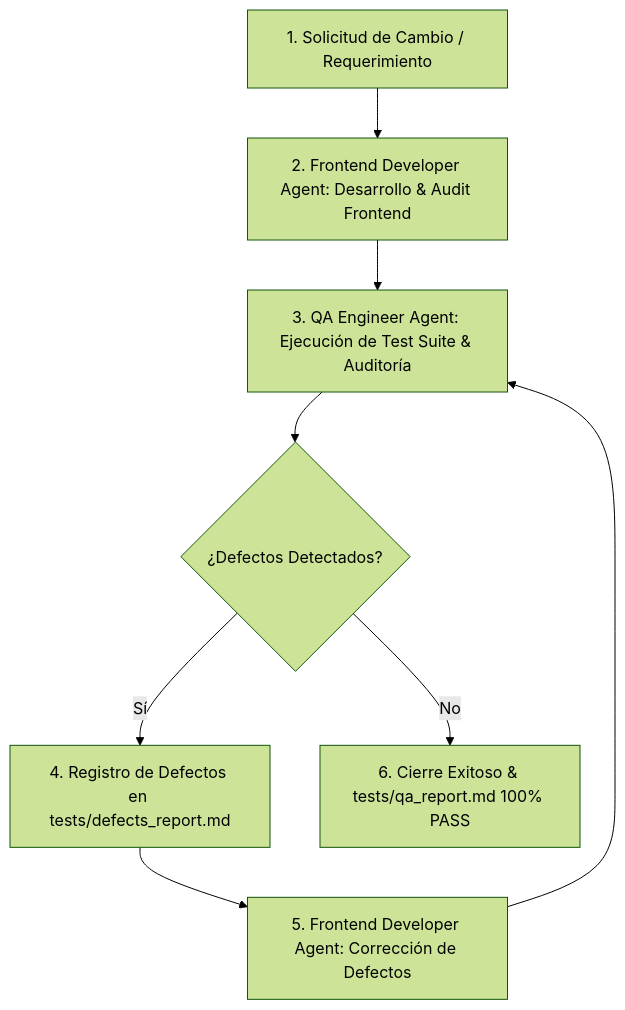
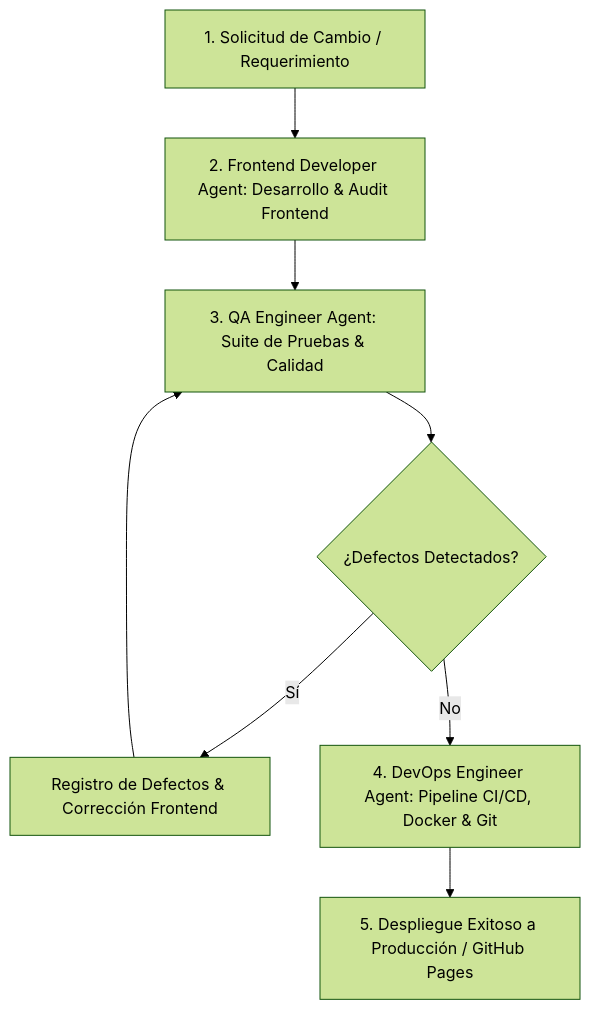
Before and after one commit to fibarra2378/WebRioJaneiro: the diagram in .agents/AGENTS.md, drawn with Mermaid (forest theme). The commit also changed other lines of this file and 13 other files, not shown here.

Commit message:
feat: incorporar carrusel interactivo y pipeline de despliegue a Firebase Hosting

````diff
--- a/.agents/AGENTS.md
+++ b/.agents/AGENTS.md
@@ -9,10 +9,10 @@
 ```mermaid
 graph TD
     A[1. Solicitud de Cambio / Requerimiento] --> B[2. Frontend Developer Agent: Desarrollo & Audit Frontend]
-    B --> C[3. QA Engineer Agent: Ejecución de Test Suite & Auditoría]
+    B --> C[3. QA Engineer Agent: Suite de Pruebas & Calidad]
     C --> D{¿Defectos Detectados?}
-    D -- Sí --> E[4. Registro de Defectos en tests/defects_report.md]
-    E --> F[5. Frontend Developer Agent: Corrección de Defectos]
-    F --> C
-    D -- No --> G[6. Cierre Exitoso & tests/qa_report.md 100% PASS]
+    D -- Sí --> E[Registro de Defectos & Corrección Frontend]
+    E --> C
+    D -- No --> F[4. DevOps Engineer Agent: Pipeline CI/CD, Docker & Git]
+    F --> G[5. Despliegue Exitoso a Producción / GitHub Pages]
 ```
````
